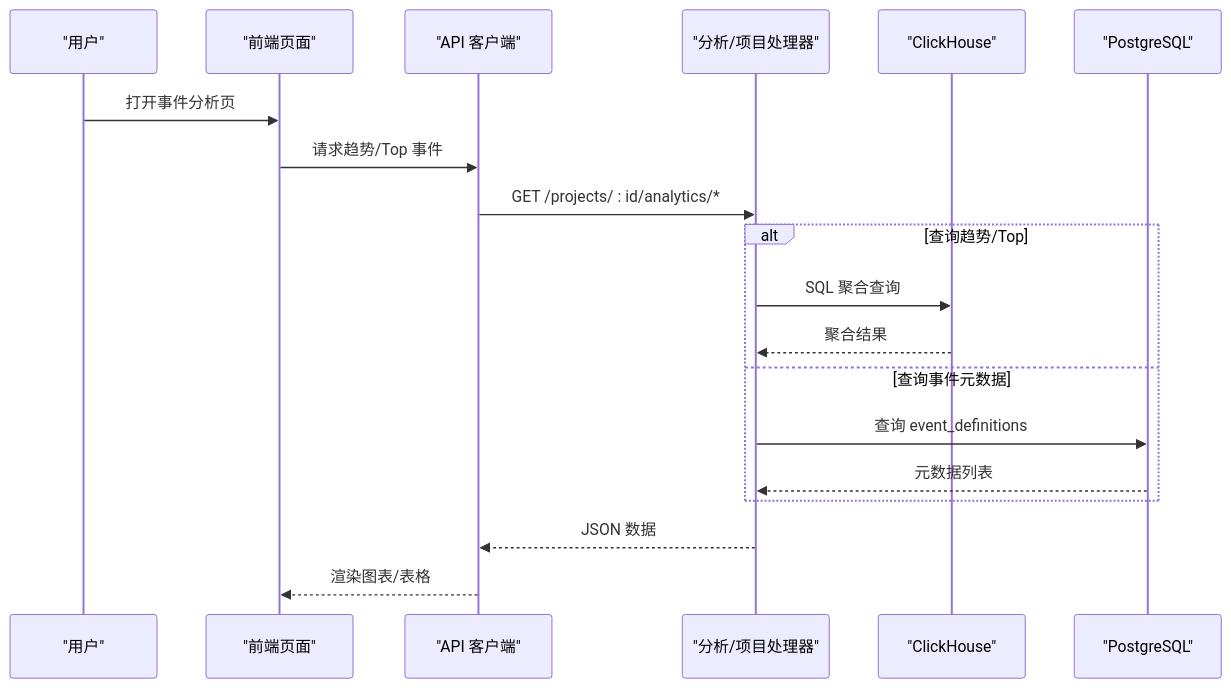
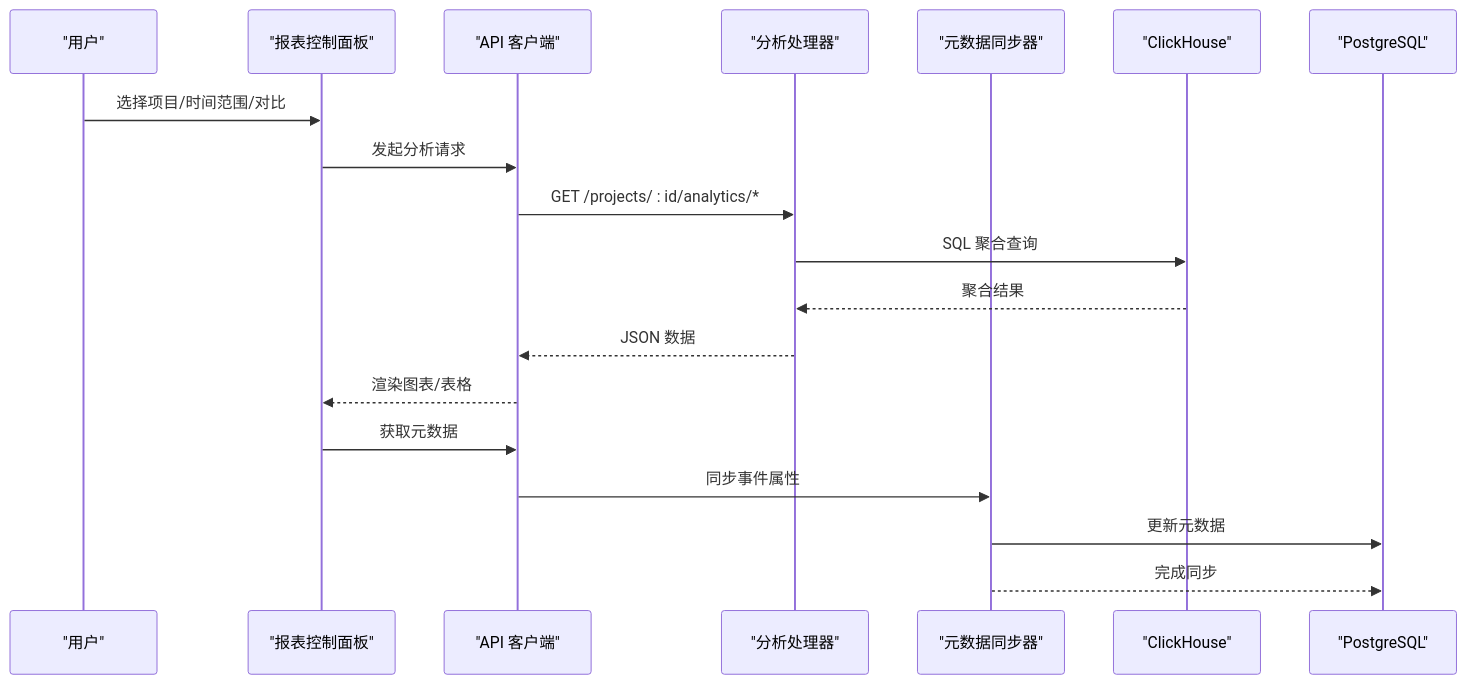
The second of 5 diagrams in .qoder/repowiki/zh/content/Web控制台/事件分析功能.md (zhen-zhong/AeroLog), drawn with Mermaid before and after one commit. The commit also changed other lines of this file and 26 other files, not shown here.

````diff
--- a/.qoder/repowiki/zh/content/Web控制台/事件分析功能.md
+++ b/.qoder/repowiki/zh/content/Web控制台/事件分析功能.md
@@ -107,21 +99,21 @@
 ```mermaid
 sequenceDiagram
 participant U as "用户"
-participant FE as "前端页面"
+participant RC as "报表控制面板"
 participant API as "API 客户端"
-participant H as "分析/项目处理器"
+participant AH as "分析处理器"
+participant MS as "元数据同步器"
 participant CH as "ClickHouse"
 participant PG as "PostgreSQL"
-U->>FE : 打开事件分析页
-FE->>API : 请求趋势/Top 事件
-API->>H : GET /projects/ : id/analytics/*
-alt 查询趋势/Top
-H->>CH : SQL 聚合查询
-CH-->>H : 聚合结果
-else 查询事件元数据
-H->>PG : 查询 event_definitions
-PG-->>H : 元数据列表
-end
-H-->>API : JSON 数据
-API-->>FE : 渲染图表/表格
+U->>RC : 选择项目/时间范围/对比
+RC->>API : 发起分析请求
+API->>AH : GET /projects/ : id/analytics/*
+AH->>CH : SQL 聚合查询
+CH-->>AH : 聚合结果
+AH-->>API : JSON 数据
+API-->>RC : 渲染图表/表格
+RC->>API : 获取元数据
+API->>MS : 同步事件属性
+MS->>PG : 更新元数据
+MS-->>PG : 完成同步
 ```
````
